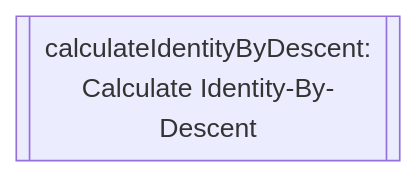
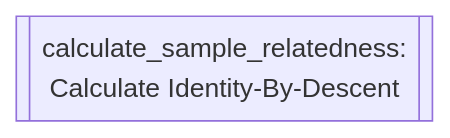
Before and after one commit to Tuks-ICMM/Pharmacogenetic-Analysis-Pipeline: diagram 17 of 26 in docs/02-workflow/02-methodology-summary.md, drawn with Mermaid. The commit also changed other lines of this file and 2 other files, not shown here.

````diff
--- a/docs/02-workflow/02-methodology-summary.md
+++ b/docs/02-workflow/02-methodology-summary.md
@@ -705,4 +781,4 @@
   ```mermaid
   flowchart TD
-    calculateIdentityByDescent[[calculateIdentityByDescent:\nCalculate Identity-By-Descent]]
+    calculate_sample_relatedness[[calculate_sample_relatedness:\nCalculate Identity-By-Descent]]
   ```
````
